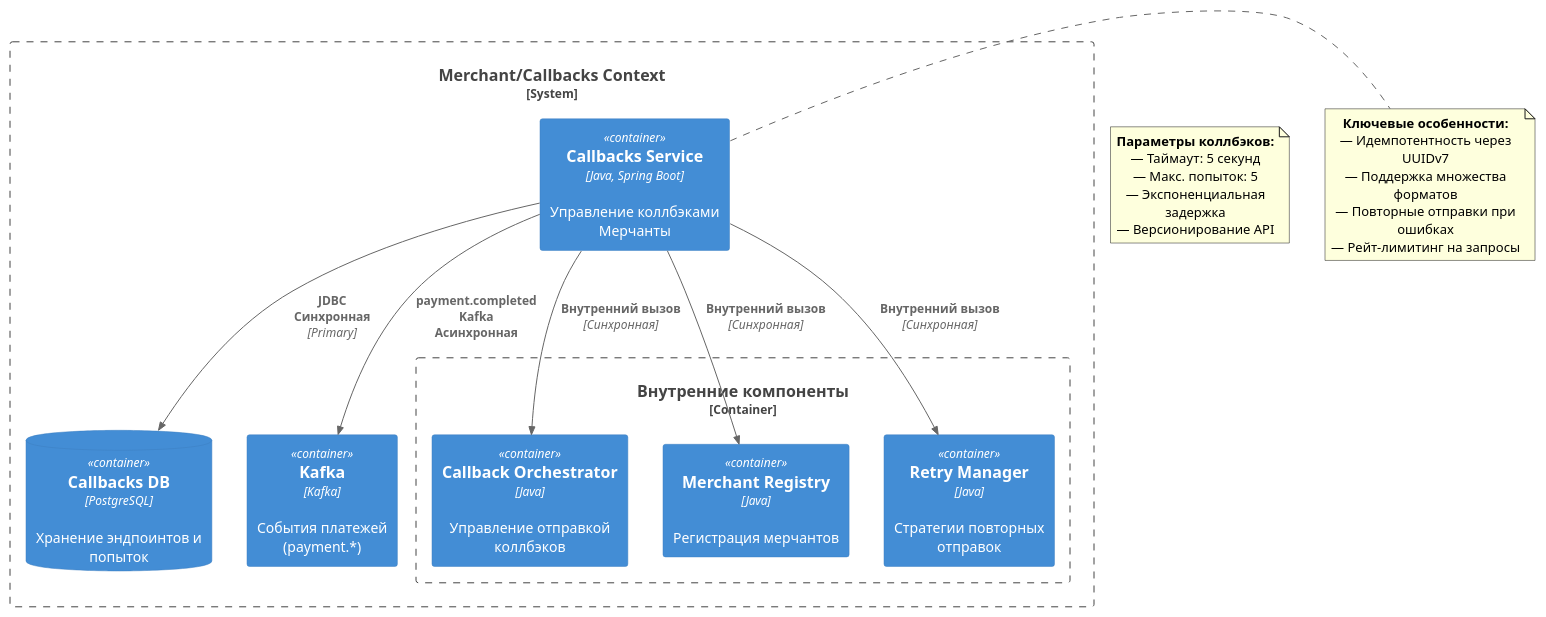
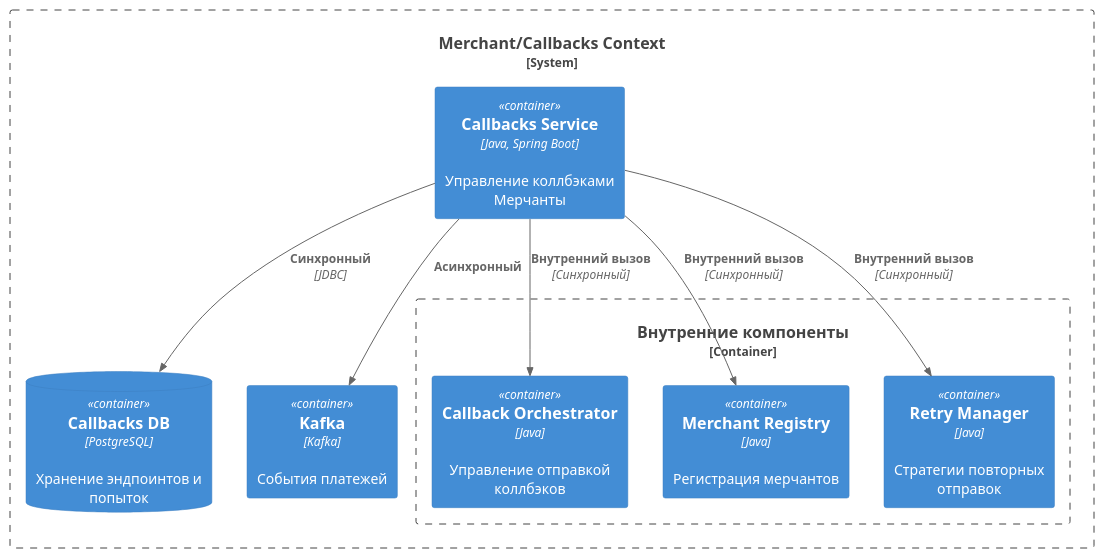
One commit to petrP99/system-design changed the diagram in uml-schemas/C4-context/callback.puml. Above: the diagram before and after it, drawn with PlantUML. The commit also changed 5 other files, not shown here.

Commit message:
Добавил callback.puml на диаграмму контейнера

```diff
--- a/uml-schemas/C4-context/callback.puml
+++ b/uml-schemas/C4-context/callback.puml
@@ -1,38 +1,23 @@
 @startuml
 !include https://raw.githubusercontent.com/plantuml-stdlib/C4-PlantUML/master/C4_Container.puml
 
 System_Boundary(merchant_context, "Merchant/Callbacks Context") {
   Container(callbacks_service, "Callbacks Service", "Java, Spring Boot", "Управление коллбэками\nМерчанты")
   ContainerDb(callbacks_db, "Callbacks DB", "PostgreSQL", "Хранение эндпоинтов и попыток")
-  Container(kafka, "Kafka", "Kafka", "События платежей\n(payment.*)")
+  Container(kafka, "Kafka", "Kafka", "События платежей")
 
   Container_Boundary(internal, "Внутренние компоненты") {
     Container(orchestrator, "Callback Orchestrator", "Java", "Управление отправкой коллбэков")
     Container(registry, "Merchant Registry", "Java", "Регистрация мерчантов")
     Container(retry, "Retry Manager", "Java", "Стратегии повторных отправок")
   }
 }
 
-Rel(callbacks_service, callbacks_db, "JDBC\nСинхронная", "Primary")
-Rel(callbacks_service, kafka, "payment.completed\nKafka\nАсинхронная")
-Rel(callbacks_service, orchestrator, "Внутренний вызов", "Синхронная")
-Rel(callbacks_service, registry, "Внутренний вызов", "Синхронная")
-Rel(callbacks_service, retry, "Внутренний вызов", "Синхронная")
+Rel(callbacks_service, callbacks_db, "Синхронный", "JDBC")
+Rel(callbacks_service, kafka, "Асинхронный")
+Rel(callbacks_service, orchestrator, "Внутренний вызов", "Синхронный")
+Rel(callbacks_service, registry, "Внутренний вызов", "Синхронный")
+Rel(callbacks_service, retry, "Внутренний вызов", "Синхронный")
 
-note right of callbacks_service
-  <b>Ключевые особенности:</b>
-  — Идемпотентность через UUIDv7
-  — Поддержка множества форматов
-  — Повторные отправки при ошибках
-  — Рейт-лимитинг на запросы
-end note
 
-note as N1
-  <b>Параметры коллбэков:</b>
-  — Таймаут: 5 секунд
-  — Макс. попыток: 5
-  — Экспоненциальная задержка
-  — Версионирование API
-end note
-N1 -[hidden]d- retry
 @enduml
```
